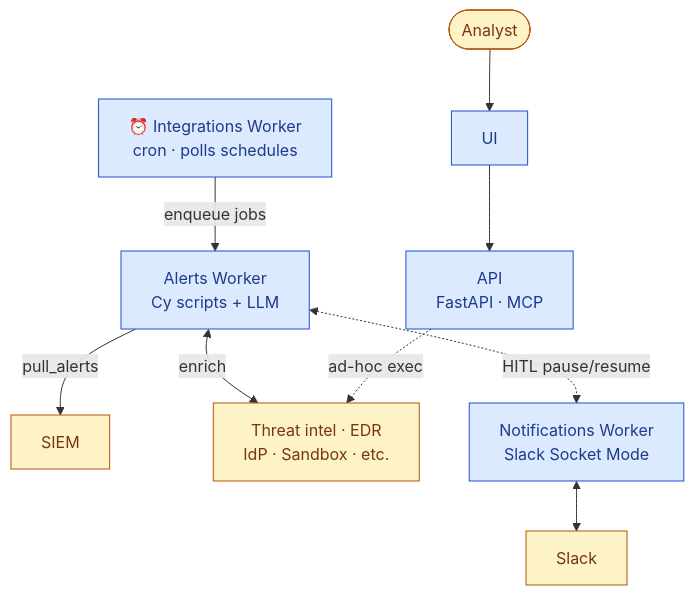
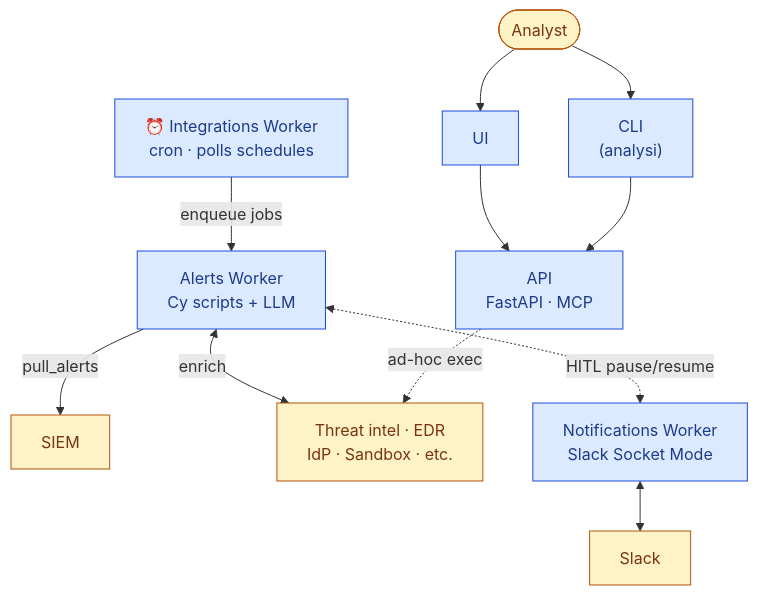
The third of 3 diagrams in README.md (open-analysi/analysi-app), drawn with Mermaid before and after one commit.

Commit message:
README: show CLI as a second analyst entry point in component diagram
The Analysi CLI (cli/) is a first-class client over the REST API. The
component diagram now shows the analyst reaching the API via either UI
or CLI, matching how the system is actually used.

````diff
--- a/README.md
+++ b/README.md
@@ -107,23 +107,27 @@
 ```mermaid
 flowchart TB
     classDef ext fill:#fef3c7,stroke:#b45309,color:#78350f
     classDef svc fill:#dbeafe,stroke:#1d4ed8,color:#1e3a8a
     User(["Analyst"]):::ext
     Slack["Slack"]:::ext
     SIEM["SIEM"]:::ext
     Tools["Threat intel · EDR<br/>IdP · Sandbox · etc."]:::ext
 
     UI["UI"]:::svc
+    CLI["CLI<br/>(analysi)"]:::svc
     API["API<br/>FastAPI · MCP"]:::svc
     IW["⏰ Integrations Worker<br/>cron · polls schedules"]:::svc
     AW["Alerts Worker<br/>Cy scripts + LLM"]:::svc
     NW["Notifications Worker<br/>Slack Socket Mode"]:::svc
 
-    User --> UI --> API
+    User --> UI
+    User --> CLI
+    UI --> API
+    CLI --> API
     IW -- enqueue jobs --> AW
     AW -->|pull_alerts| SIEM
     AW <-->|enrich| Tools
     API -.->|ad-hoc exec| Tools
     AW <-. HITL pause/resume .-> NW
     NW <--> Slack
 ```
````
